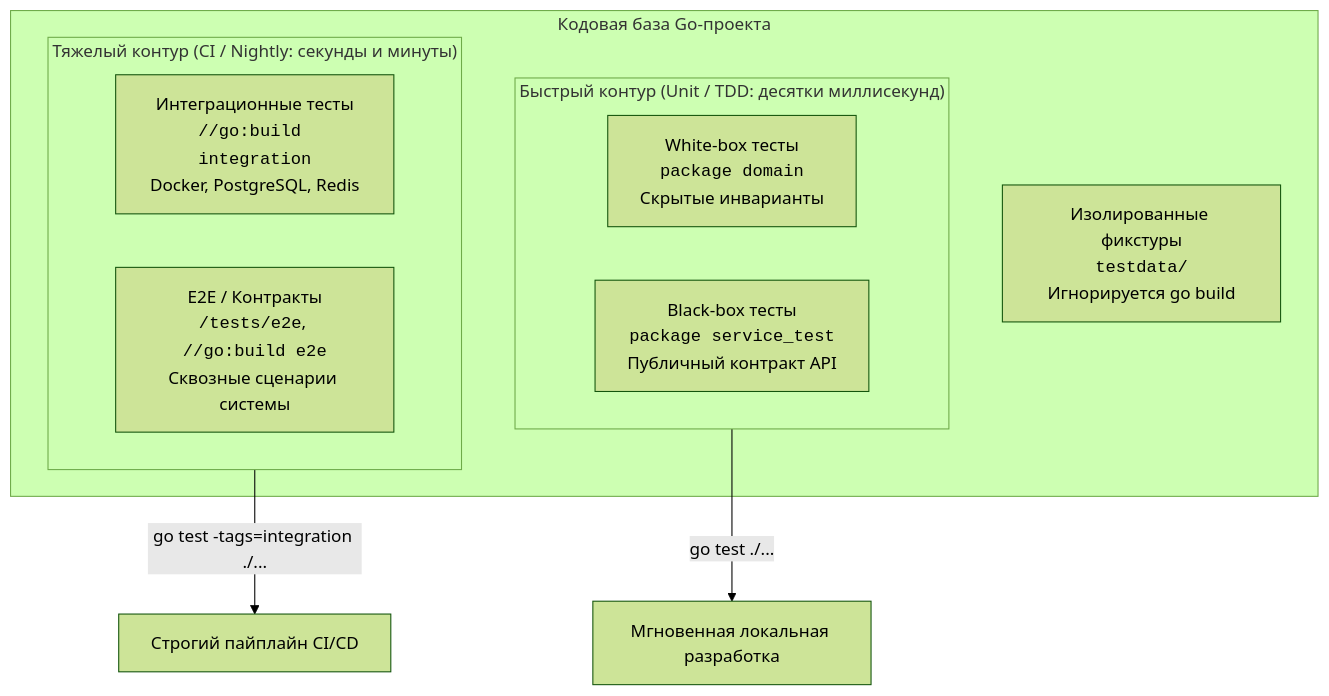
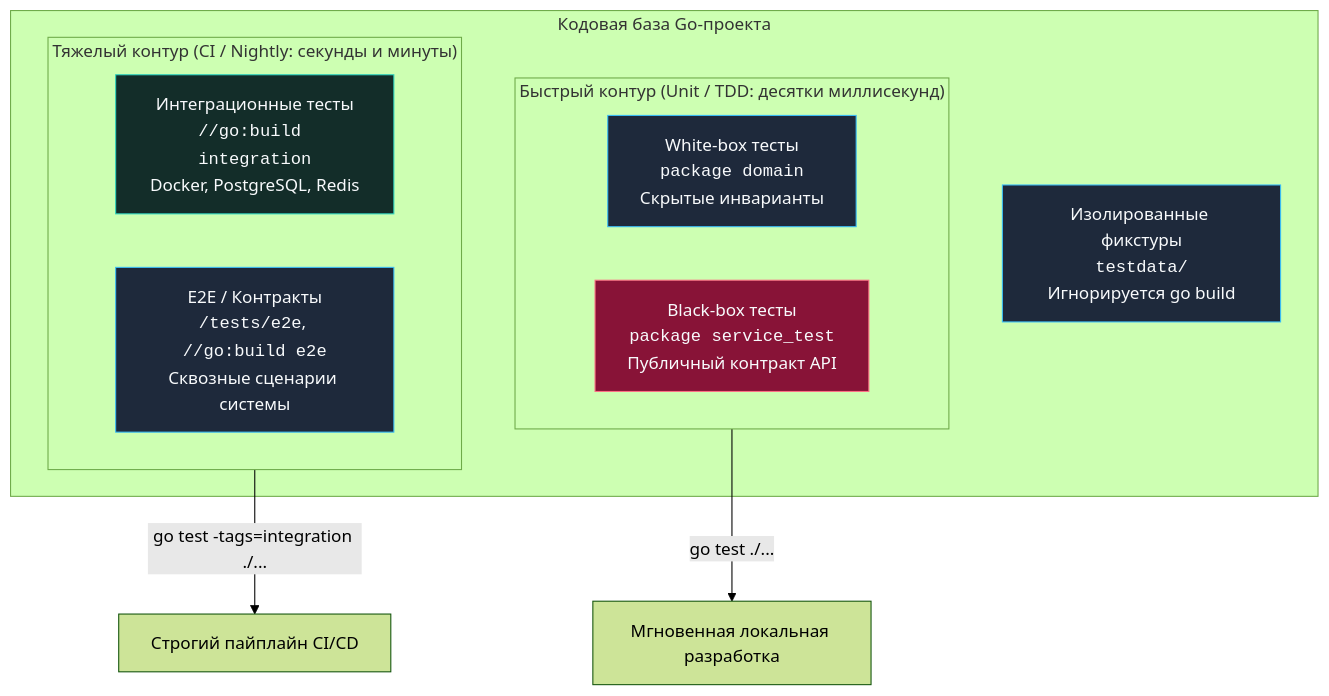
The diagram in sources/15. Тестирование в Go (QA & Testing)/10. Практика и CI/1. Организация тестов в проекте.md (UnrealTemplier/go-textbook), drawn with Mermaid (forest theme) before and after one commit. The commit also changed 1666 other files, not shown here.

First line of the commit message:
feat(mermaid): add semantic color classDef to 1369 colorless flowchart/graph diagrams

````diff
--- a/sources/15. Тестирование в Go (QA & Testing)/10. Практика и CI/1. Организация тестов в проекте.md
+++ b/sources/15. Тестирование в Go (QA & Testing)/10. Практика и CI/1. Организация тестов в проекте.md
@@ -9,16 +9,26 @@
 ```mermaid
 flowchart TD
+    classDef process  fill:#1e293b,stroke:#38bdf8,stroke-width:1px,color:#f8fafc
+    classDef success  fill:#064e3b,stroke:#34d399,stroke-width:1px,color:#f8fafc
+    classDef error    fill:#7f1d1d,stroke:#f87171,stroke-width:1px,color:#f8fafc
+    classDef warning  fill:#78350f,stroke:#fbbf24,stroke-width:1px,color:#f8fafc
+    classDef entry    fill:#1e3a5f,stroke:#38bdf8,stroke-width:2px,color:#f8fafc
+    classDef aux      fill:#334155,stroke:#64748b,stroke-width:1px,color:#f8fafc
+    classDef system   fill:#312e81,stroke:#a78bfa,stroke-width:1px,color:#f8fafc
+    classDef data     fill:#132d29,stroke:#2dd4bf,stroke-width:1px,color:#f8fafc
+    classDef network  fill:#881337,stroke:#fb7185,stroke-width:1px,color:#f8fafc
+    classDef accent   fill:#1e1b4b,stroke:#818cf8,stroke-width:1px,color:#f8fafc
     subgraph Repo["Кодовая база Go-проекта"]
         subgraph Unit["Быстрый контур (Unit / TDD: десятки миллисекунд)"]
-            WB["White-box тесты<br/><code>package domain</code><br/>Скрытые инварианты"]
-            BB["Black-box тесты<br/><code>package service_test</code><br/>Публичный контракт API"]
+            WB["White-box тесты<br/><code>package domain</code><br/>Скрытые инварианты"]:::process
+            BB["Black-box тесты<br/><code>package service_test</code><br/>Публичный контракт API"]:::network
         end
         subgraph Slow["Тяжелый контур (CI / Nightly: секунды и минуты)"]
-            IT["Интеграционные тесты<br/><code>//go:build integration</code><br/>Docker, PostgreSQL, Redis"]
-            E2E["E2E / Контракты<br/><code>/tests/e2e</code>, <code>//go:build e2e</code><br/>Сквозные сценарии системы"]
+            IT["Интеграционные тесты<br/><code>//go:build integration</code><br/>Docker, PostgreSQL, Redis"]:::data
+            E2E["E2E / Контракты<br/><code>/tests/e2e</code>, <code>//go:build e2e</code><br/>Сквозные сценарии системы"]:::process
         end
-        TD["Изолированные фикстуры<br/><code>testdata/</code><br/>Игнорируется go build"]
+        TD["Изолированные фикстуры<br/><code>testdata/</code><br/>Игнорируется go build"]:::process
     end
     Unit -->|go test ./...| FastDev["Мгновенная локальная разработка"]
     Slow -->|go test -tags=integration ./...| CIDeploy["Строгий пайплайн CI/CD"]
 ```
````
